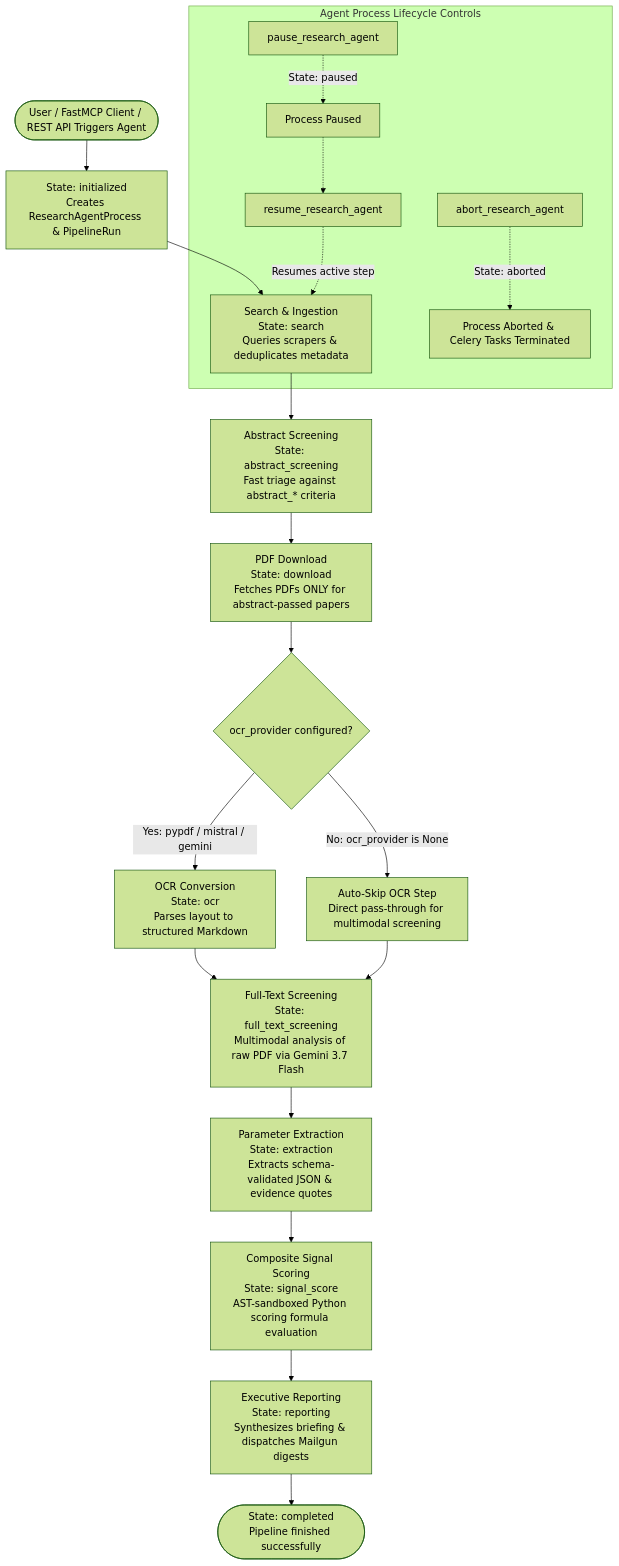
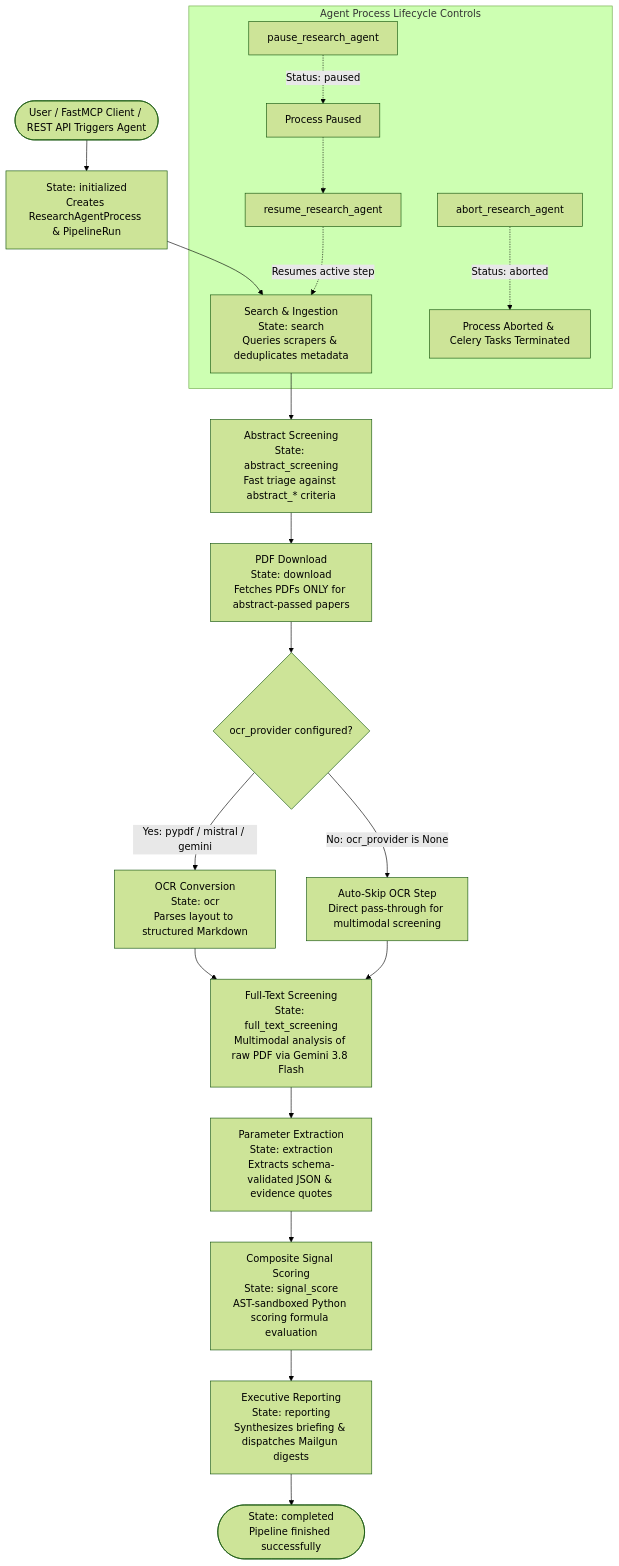
Before and after one commit to p4ku/research-intelligence: the second of 2 diagrams in README.md, drawn with Mermaid (forest theme). The commit also changed other lines of this file, not shown here.

````diff
--- a/README.md
+++ b/README.md
@@ -82,33 +82,33 @@
 ```mermaid
 graph TD
     Start([User / FastMCP Client / REST API Triggers Agent]) --> Initialized[State: initialized<br/>Creates ResearchAgentProcess & PipelineRun]
     
     Initialized --> SearchStep[Search & Ingestion<br/>State: search<br/>Queries scrapers & deduplicates metadata]
     
     SearchStep --> AbstractScreening[Abstract Screening<br/>State: abstract_screening<br/>Fast triage against abstract_* criteria]
     
     AbstractScreening --> DownloadStep[PDF Download<br/>State: download<br/>Fetches PDFs ONLY for abstract-passed papers]
     
     DownloadStep --> OCRCheck{ocr_provider configured?}
     
     OCRCheck -->|Yes: pypdf / mistral / gemini| OCRStep[OCR Conversion<br/>State: ocr<br/>Parses layout to structured Markdown]
     OCRCheck -->|No: ocr_provider is None| SkipOCR[Auto-Skip OCR Step<br/>Direct pass-through for multimodal screening]
     
-    OCRStep --> FullTextScreening[Full-Text Screening<br/>State: full_text_screening<br/>Multimodal analysis of raw PDF via Gemini 3.7 Flash]
+    OCRStep --> FullTextScreening[Full-Text Screening<br/>State: full_text_screening<br/>Multimodal analysis of raw PDF via Gemini 3.8 Flash]
     SkipOCR --> FullTextScreening
     
     FullTextScreening --> ExtractionStep[Parameter Extraction<br/>State: extraction<br/>Extracts schema-validated JSON & evidence quotes]
     
     ExtractionStep --> SignalScoreStep[Composite Signal Scoring<br/>State: signal_score<br/>AST-sandboxed Python scoring formula evaluation]
     
     SignalScoreStep --> ReportingStep[Executive Reporting<br/>State: reporting<br/>Synthesizes briefing & dispatches Mailgun digests]
     
     ReportingStep --> Completed([State: completed<br/>Pipeline finished successfully])
     
     subgraph Controls ["Agent Process Lifecycle Controls"]
-        PauseCommand[pause_research_agent] -.->|State: paused| AgentPaused[Process Paused]
+        PauseCommand[pause_research_agent] -.->|Status: paused| AgentPaused[Process Paused]
         AgentPaused -.-> ResumeCommand[resume_research_agent]
         ResumeCommand -.->|Resumes active step| SearchStep
-        AbortCommand[abort_research_agent] -.->|State: aborted| AgentAborted[Process Aborted & Celery Tasks Terminated]
+        AbortCommand[abort_research_agent] -.->|Status: aborted| AgentAborted[Process Aborted & Celery Tasks Terminated]
     end
 ```
````
